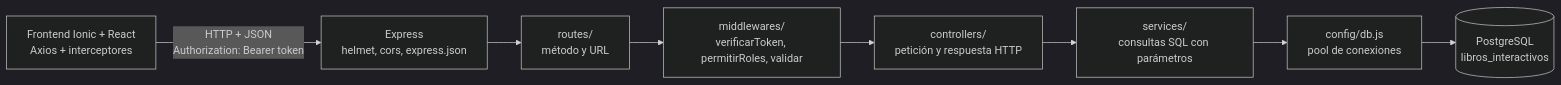
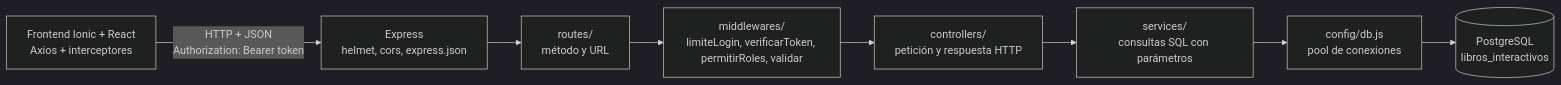
One commit to Al3xiiss/API-del-Sistema-de-Libros-Interactivos-de-Simulacion changed the second of 4 diagrams in README.md. Above: the diagram before and after it, drawn with Mermaid (dark theme). The commit also changed other lines of this file and 2 other files, not shown here.

````diff
--- a/README.md
+++ b/README.md
@@ -698,10 +698,10 @@
 ```mermaid
 flowchart LR
     F["Frontend Ionic + React<br/>Axios + interceptores"] -->|"HTTP + JSON<br/>Authorization: Bearer token"| A["Express<br/>helmet, cors, express.json"]
     A --> R["routes/<br/>método y URL"]
-    R --> M["middlewares/<br/>verificarToken, permitirRoles, validar"]
+    R --> M["middlewares/<br/>limiteLogin, verificarToken, permitirRoles, validar"]
     M --> C["controllers/<br/>petición y respuesta HTTP"]
     C --> S["services/<br/>consultas SQL con parámetros"]
     S --> P["config/db.js<br/>pool de conexiones"]
     P --> DB[("PostgreSQL<br/>libros_interactivos")]
 ```
````
